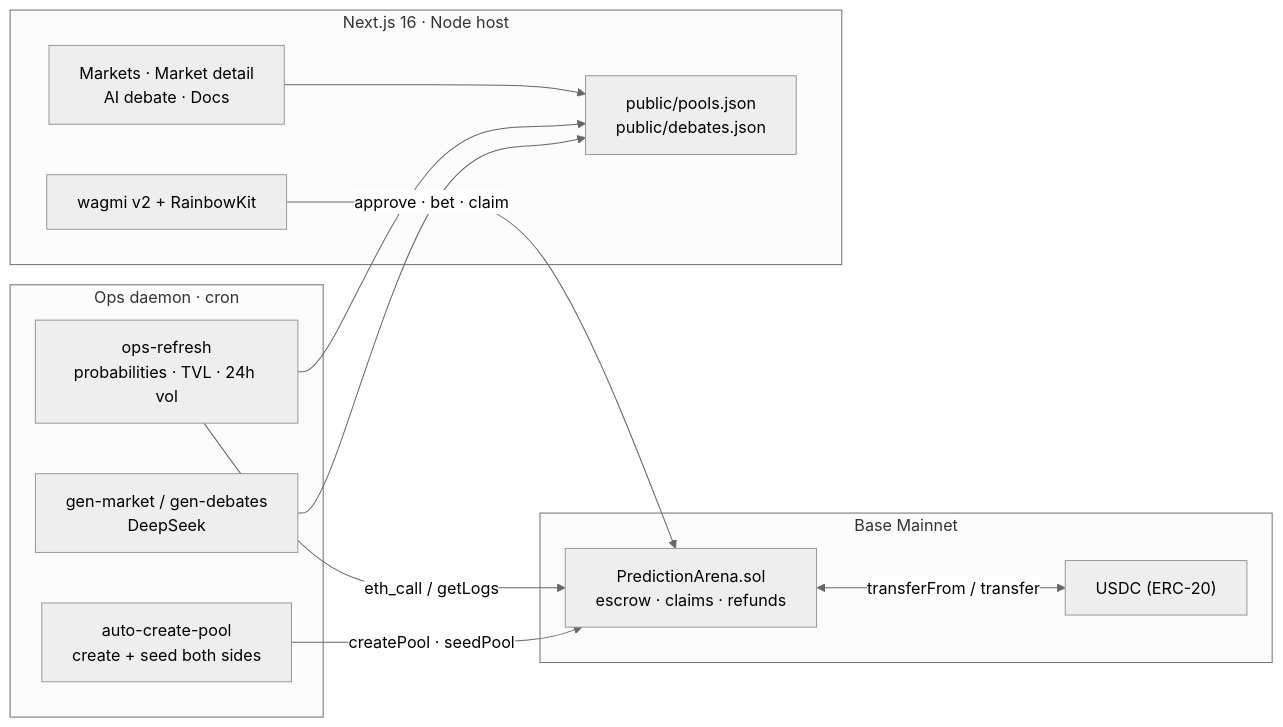
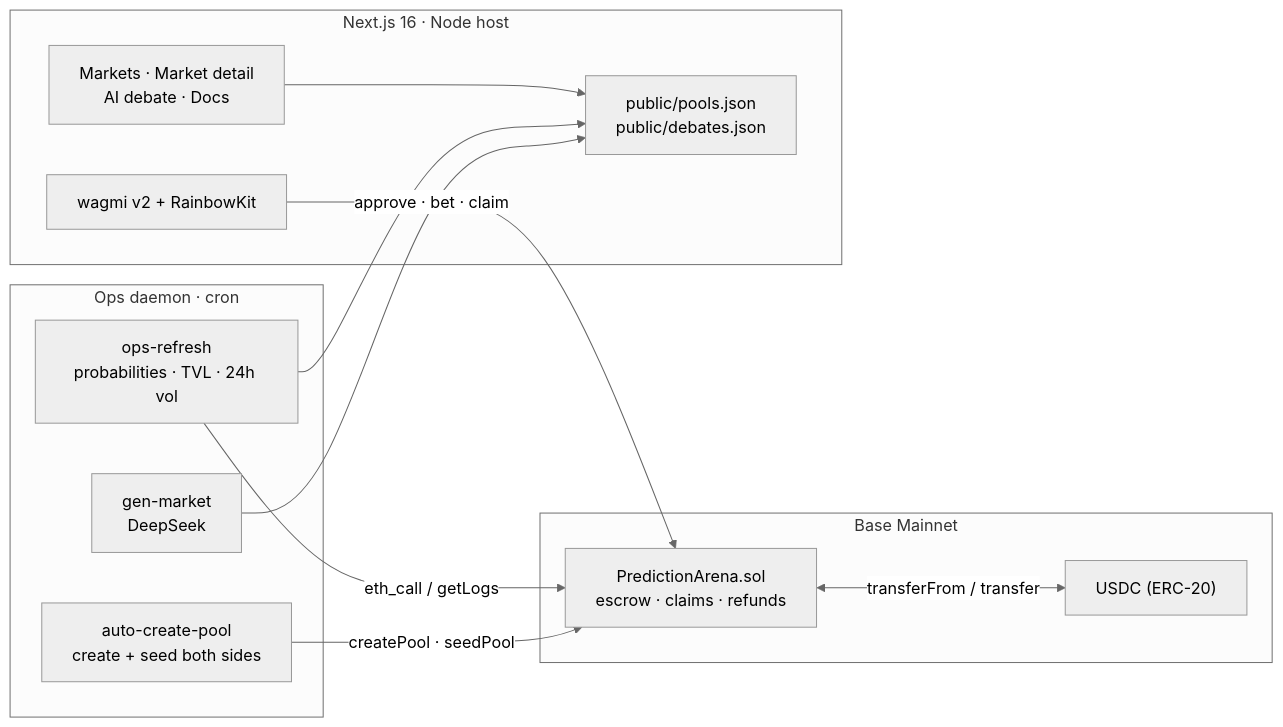
Before and after one commit to lulaxiao97-create/prediction-arena: the diagram in README.md, drawn with Mermaid (neutral theme). The commit also changed other lines of this file and 8 other files, not shown here.

````diff
--- a/README.md
+++ b/README.md
@@ -141,27 +144,27 @@
 ```mermaid
 flowchart LR
   subgraph Chain["Base Mainnet"]
     C["PredictionArena.sol<br/>escrow · claims · refunds"]
     U["USDC (ERC-20)"]
   end
 
   subgraph Ops["Ops daemon · cron"]
-    G["gen-market / gen-debates<br/>DeepSeek"]
+    G["gen-market<br/>DeepSeek"]
     A["auto-create-pool<br/>create + seed both sides"]
     R["ops-refresh<br/>probabilities · TVL · 24h vol"]
   end
 
   subgraph Web["Next.js 16 · Node host"]
     UI["Markets · Market detail<br/>AI debate · Docs"]
     M["public/pools.json<br/>public/debates.json"]
     W["wagmi v2 + RainbowKit"]
   end
 
   G --> M
   A -->|"createPool · seedPool"| C
   R -->|"eth_call / getLogs"| C
   R --> M
   UI --> M
   W -->|"approve · bet · claim"| C
   C <-->|"transferFrom / transfer"| U
 ```
````
